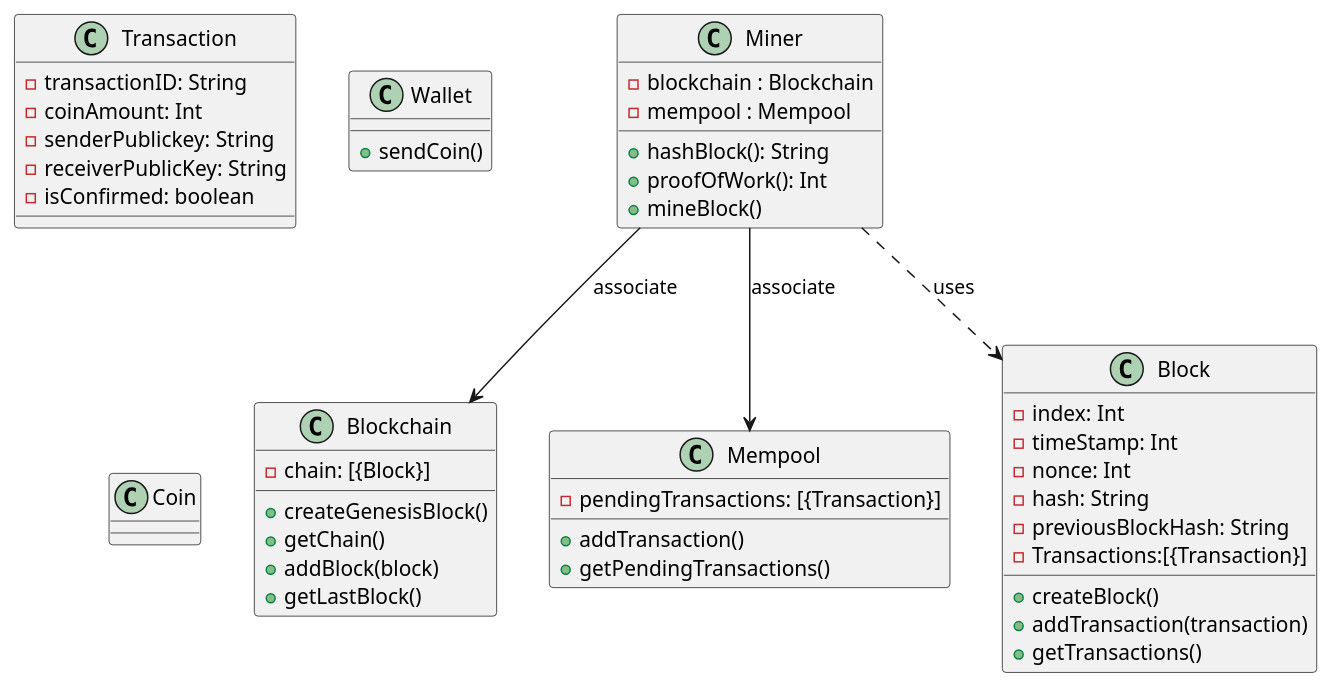
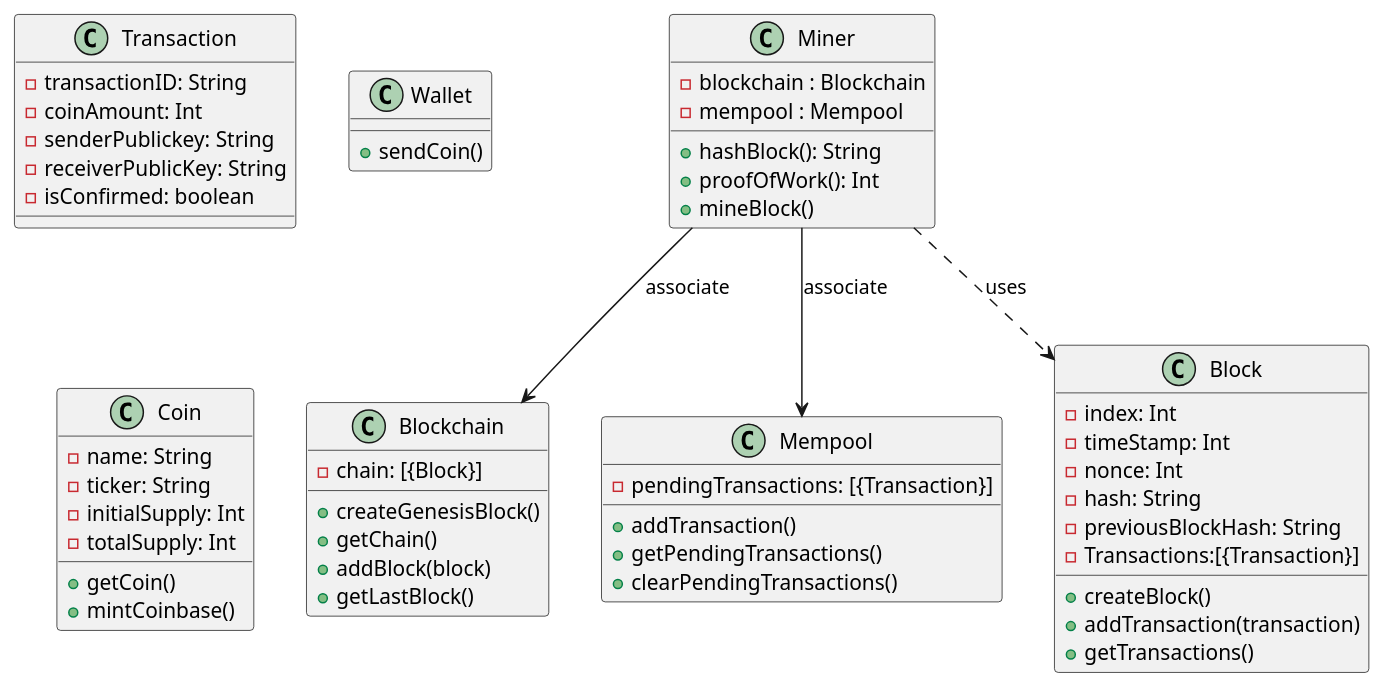
The diagram in prototipov1.plantuml (valleria-web/prototype), drawn with PlantUML before and after one commit. The commit also changed 6 other files, not shown here.

```diff
--- a/prototipov1.plantuml
+++ b/prototipov1.plantuml
@@ -1,58 +1,65 @@
 @startuml prototipov1
 
 class Blockchain{
     - chain: [{Block}]
     + createGenesisBlock()
     + getChain()
     + addBlock(block)
     + getLastBlock()
 }
 
 class Miner {
     - blockchain : Blockchain
     - mempool : Mempool
     + hashBlock(): String
     + proofOfWork(): Int
     + mineBlock()
 }
 
 class Mempool{
     - pendingTransactions: [{Transaction}]
     + addTransaction()
     + getPendingTransactions()
+    + clearPendingTransactions()
+
 }
 
 class Block{
     - index: Int 
     - timeStamp: Int 
     - nonce: Int
     - hash: String 
     - previousBlockHash: String
     - Transactions:[{Transaction}]
     + createBlock()
     + addTransaction(transaction)
     + getTransactions()
 }
 
 class Transaction{
     - transactionID: String 
     - coinAmount: Int 
     - senderPublickey: String
     - receiverPublicKey: String
     - isConfirmed: boolean
 }
 
 
 class Wallet{
     + sendCoin()
 }
 
 class Coin{
-
+    - name: String
+    - ticker: String 
+    - initialSupply: Int
+    - totalSupply: Int
+    + getCoin()
+    + mintCoinbase()
 }
 
 Miner ..> Block : uses
 Miner --> Blockchain : associate
 Miner --> Mempool : associate
 
 @enduml
```
